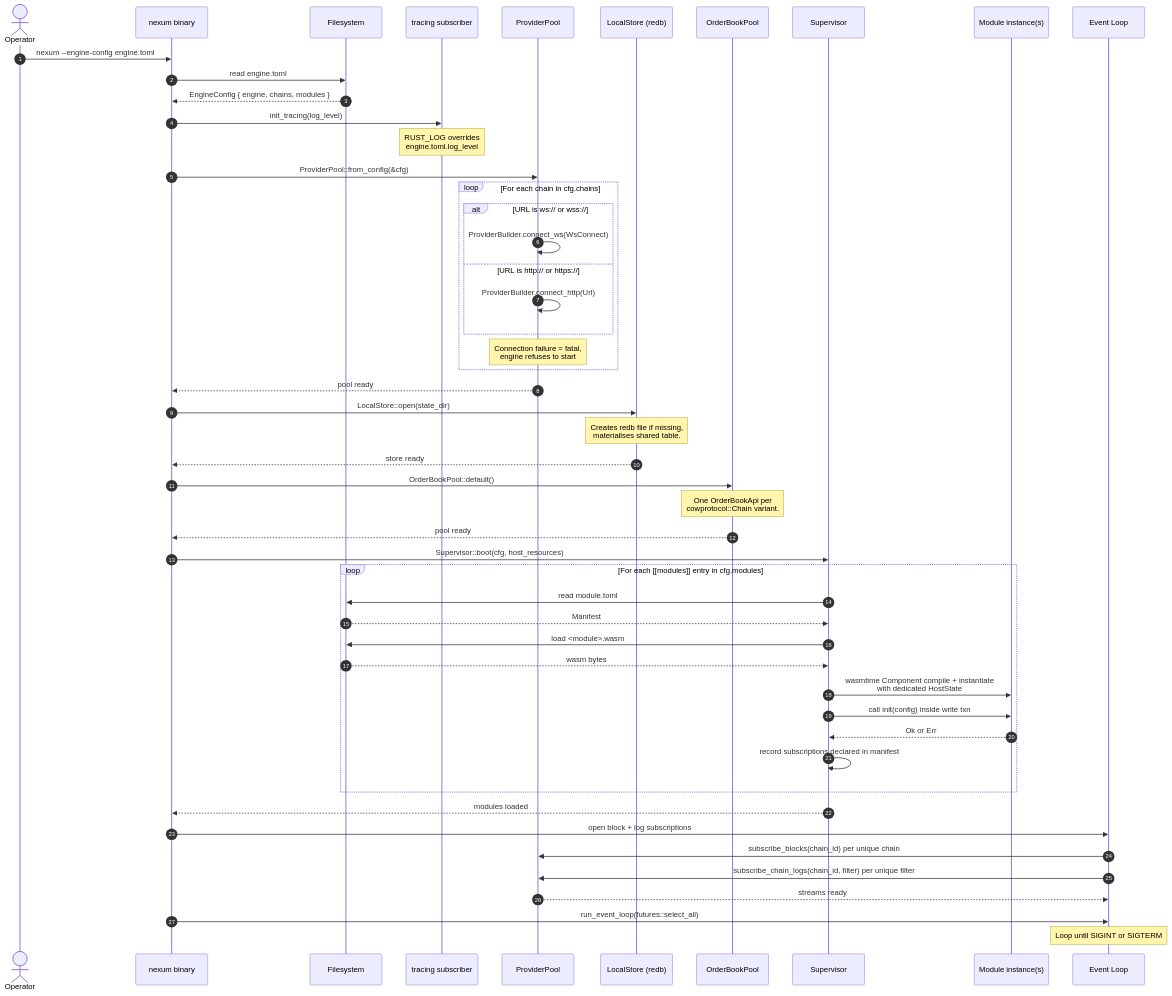
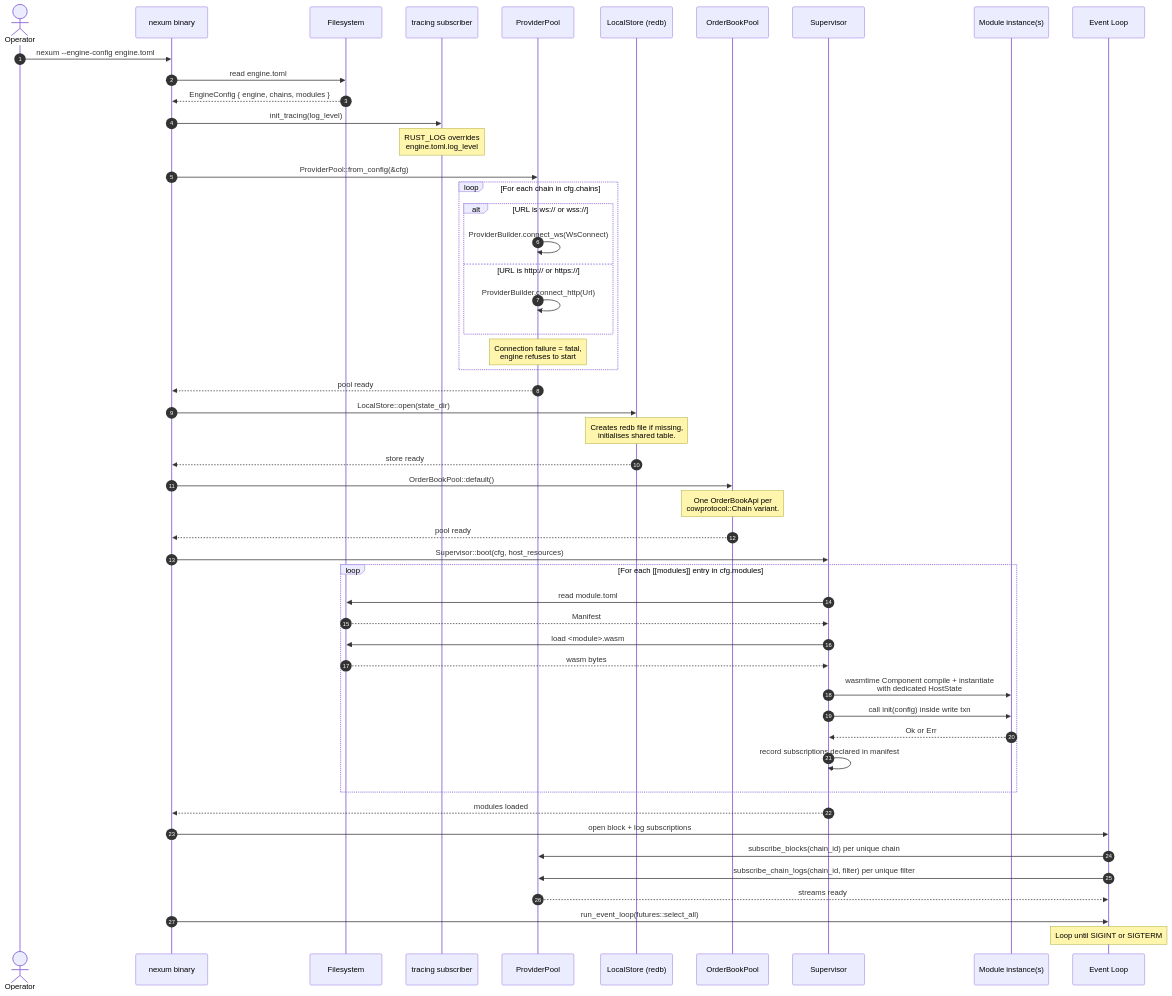
The diagram in docs/diagrams/engine-boot.mmd (nullislabs/shepherd), drawn with Mermaid before and after one commit. The commit also changed 13 other files, not shown here.

```diff
--- a/docs/diagrams/engine-boot.mmd
+++ b/docs/diagrams/engine-boot.mmd
@@ -1,59 +1,59 @@
 sequenceDiagram
     autonumber
     actor Op as Operator
     participant Bin as nexum binary
     participant FS as Filesystem
     participant Trc as tracing subscriber
     participant PP as ProviderPool
     participant LS as LocalStore (redb)
     participant OBP as OrderBookPool
     participant Sup as Supervisor
     participant Mod as Module instance(s)
     participant EL as Event Loop
 
     Op->>Bin: nexum --engine-config engine.toml
     Bin->>FS: read engine.toml
     FS-->>Bin: EngineConfig { engine, chains, modules }
 
     Bin->>Trc: init_tracing(log_level)
     Note over Trc: RUST_LOG overrides<br/>engine.toml.log_level
 
     Bin->>PP: ProviderPool::from_config(&cfg)
     loop For each chain in cfg.chains
         alt URL is ws:// or wss://
             PP->>PP: ProviderBuilder.connect_ws(WsConnect)
         else URL is http:// or https://
             PP->>PP: ProviderBuilder.connect_http(Url)
         end
         Note over PP: Connection failure = fatal,<br/>engine refuses to start
     end
     PP-->>Bin: pool ready
 
     Bin->>LS: LocalStore::open(state_dir)
-    Note over LS: Creates redb file if missing,<br/>materialises shared table.
+    Note over LS: Creates redb file if missing,<br/>initialises shared table.
     LS-->>Bin: store ready
 
     Bin->>OBP: OrderBookPool::default()
     Note over OBP: One OrderBookApi per<br/>cowprotocol::Chain variant.
     OBP-->>Bin: pool ready
 
     Bin->>Sup: Supervisor::boot(cfg, host_resources)
     loop For each [[modules]] entry in cfg.modules
         Sup->>FS: read module.toml
         FS-->>Sup: Manifest
         Sup->>FS: load <module>.wasm
         FS-->>Sup: wasm bytes
         Sup->>Mod: wasmtime Component compile + instantiate<br/>with dedicated HostState
         Sup->>Mod: call init(config) inside write txn
         Mod-->>Sup: Ok or Err
         Sup->>Sup: record subscriptions declared in manifest
     end
     Sup-->>Bin: modules loaded
 
     Bin->>EL: open block + log subscriptions
     EL->>PP: subscribe_blocks(chain_id) per unique chain
     EL->>PP: subscribe_chain_logs(chain_id, filter) per unique filter
     PP-->>EL: streams ready
 
     Bin->>EL: run_event_loop(futures::select_all)
     Note over EL: Loop until SIGINT or SIGTERM
```
